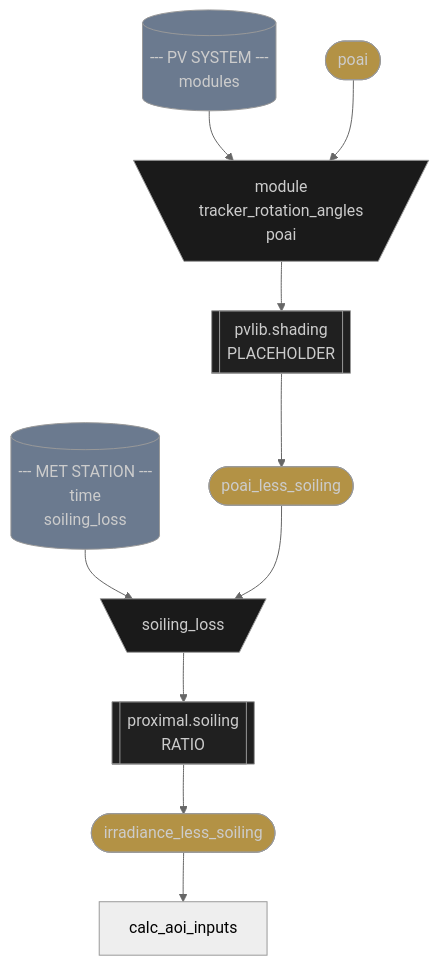
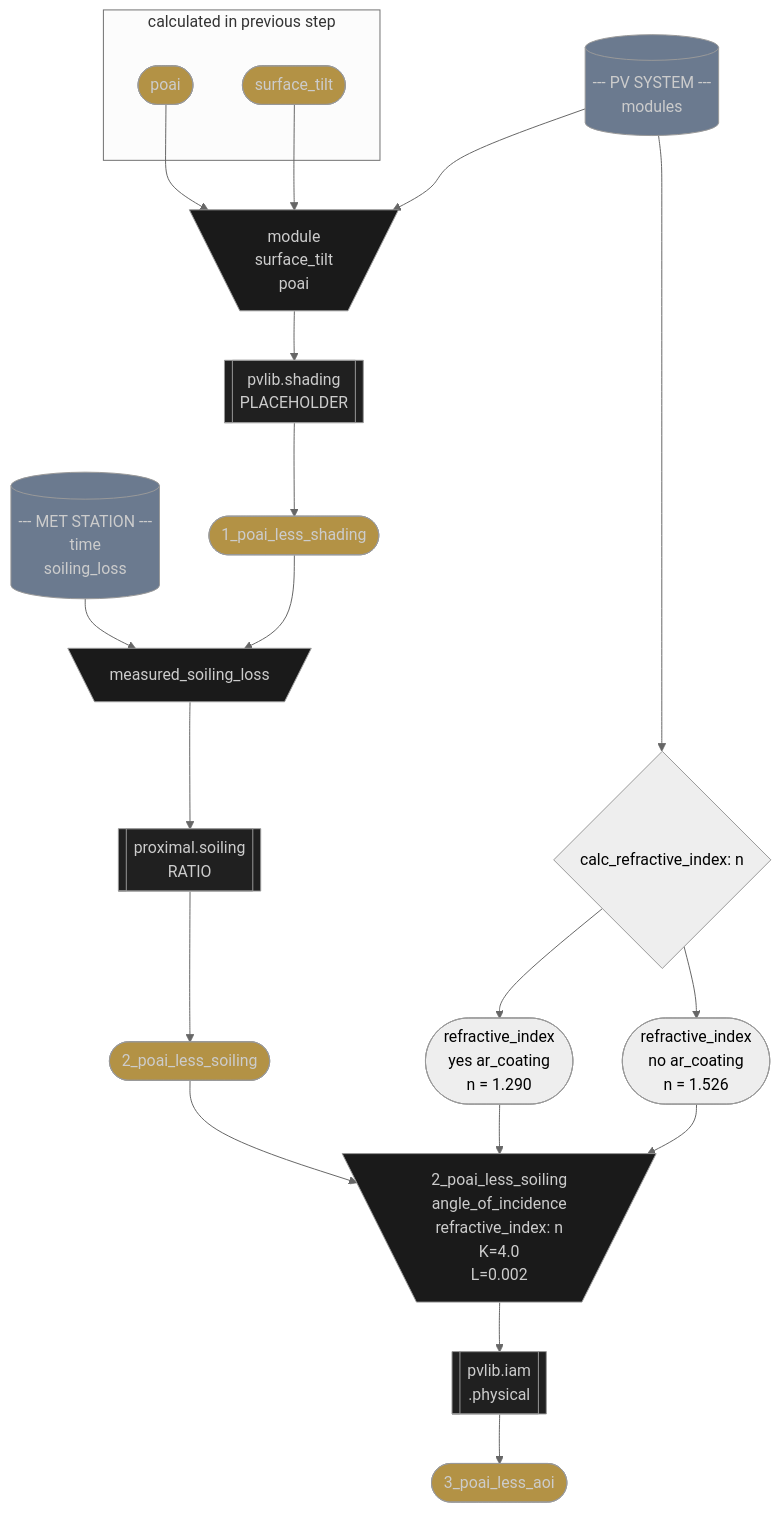
One commit to ProximalEnergy/docs-mdbook changed the second of 2 diagrams in src/pv_performance/effective_plane_of_array_irradiance.md. Above: the diagram before and after it, drawn with Mermaid (neutral theme).

````diff
--- a/src/pv_performance/effective_plane_of_array_irradiance.md
+++ b/src/pv_performance/effective_plane_of_array_irradiance.md
@@ -66,18 +66,28 @@
     --- PV SYSTEM ---
     modules
   )]:::source
+  pv_system --> calc_refractive_index
+
+  subgraph calculated in previous step
+    %% --- POAI ---
+    poai([
+      poai
+    ]):::outputs
+
+    %% --- SURFACE ANGLES ---
+    surface_angles([
+      surface_tilt
+    ]):::outputs
+  end
+
+  poai --> calc_shading_inputs
   pv_system --> calc_shading_inputs
-
-  %% --- POAI ---
-  poai([
-    poai
-  ]):::outputs
-  poai --> calc_shading_inputs
+  surface_angles --> calc_shading_inputs
 
   %% --- SHADING ---
   calc_shading_inputs[\
     module
-    tracker_rotation_angles
+    surface_tilt
     poai
     /]:::inputs
   calc_shading_inputs --> calc_shading
@@ -89,13 +99,13 @@
   calc_shading --> calc_shading_outputs
 
   calc_shading_outputs([
-    poai_less_soiling
+    1_poai_less_shading
   ]):::outputs
   calc_shading_outputs --> calc_soiling_inputs
 
   %% --- SOILING ---
   calc_soiling_inputs[\
-    soiling_loss
+    measured_soiling_loss
     /]:::inputs
     calc_soiling_inputs --> calc_soiling
 
@@ -106,10 +116,52 @@
   calc_soiling --> calc_soiling_outputs
 
   calc_soiling_outputs([
-    irradiance_less_soiling
+    2_poai_less_soiling
   ]):::outputs
   calc_soiling_outputs --> calc_aoi_inputs
 
+  %% --- REFRACTIVE INDEX ---
+  calc_refractive_index{
+    calc_refractive_index: n
+  }
+  calc_refractive_index --> refractive_index_standard
+  calc_refractive_index --> refractive_index_ar
+
+  refractive_index_standard([
+    refractive_index
+    no ar_coating
+    n = 1.526
+  ])
+  refractive_index_standard --> calc_aoi_inputs
+
+  refractive_index_ar([
+    refractive_index
+    yes ar_coating
+    n = 1.290
+  ])
+  refractive_index_ar --> calc_aoi_inputs
+
+
+
+  %% --- AOI ---
+  calc_aoi_inputs[\
+    2_poai_less_soiling
+    angle_of_incidence
+    refractive_index: n
+    K=4.0
+    L=0.002
+    /]:::inputs
+  calc_aoi_inputs --> calc_aoi
+
+  calc_aoi[[
+    pvlib.iam
+    .physical
+    ]]:::model
+  calc_aoi --> calc_aoi_outputs
+
+  calc_aoi_outputs([
+    3_poai_less_aoi
+  ]):::outputs
 
 
   ```
````
